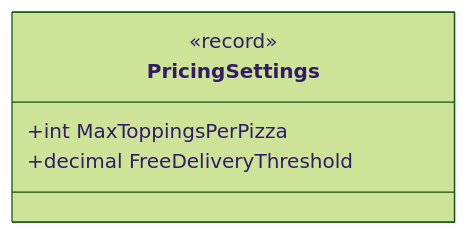
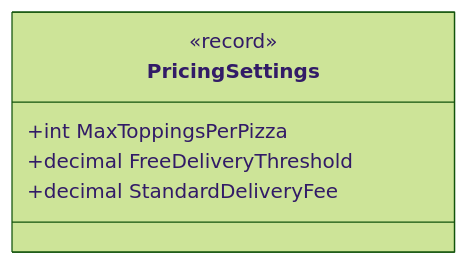
One commit to Timon-code95/PizzaShop changed the tenth of 13 diagrams in docs/c4-model/04a-class-diagram-spiegazione.md. Above: the diagram before and after it, drawn with Mermaid (forest theme). The commit also changed other lines of this file and 19 other files, not shown here.

````diff
--- a/docs/c4-model/04a-class-diagram-spiegazione.md
+++ b/docs/c4-model/04a-class-diagram-spiegazione.md
@@ -319,8 +316,9 @@
 ```mermaid
 classDiagram
 	class PricingSettings {
 		<<record>>
 		+int MaxToppingsPerPizza
 		+decimal FreeDeliveryThreshold
+		+decimal StandardDeliveryFee
 	}
 ```
````
